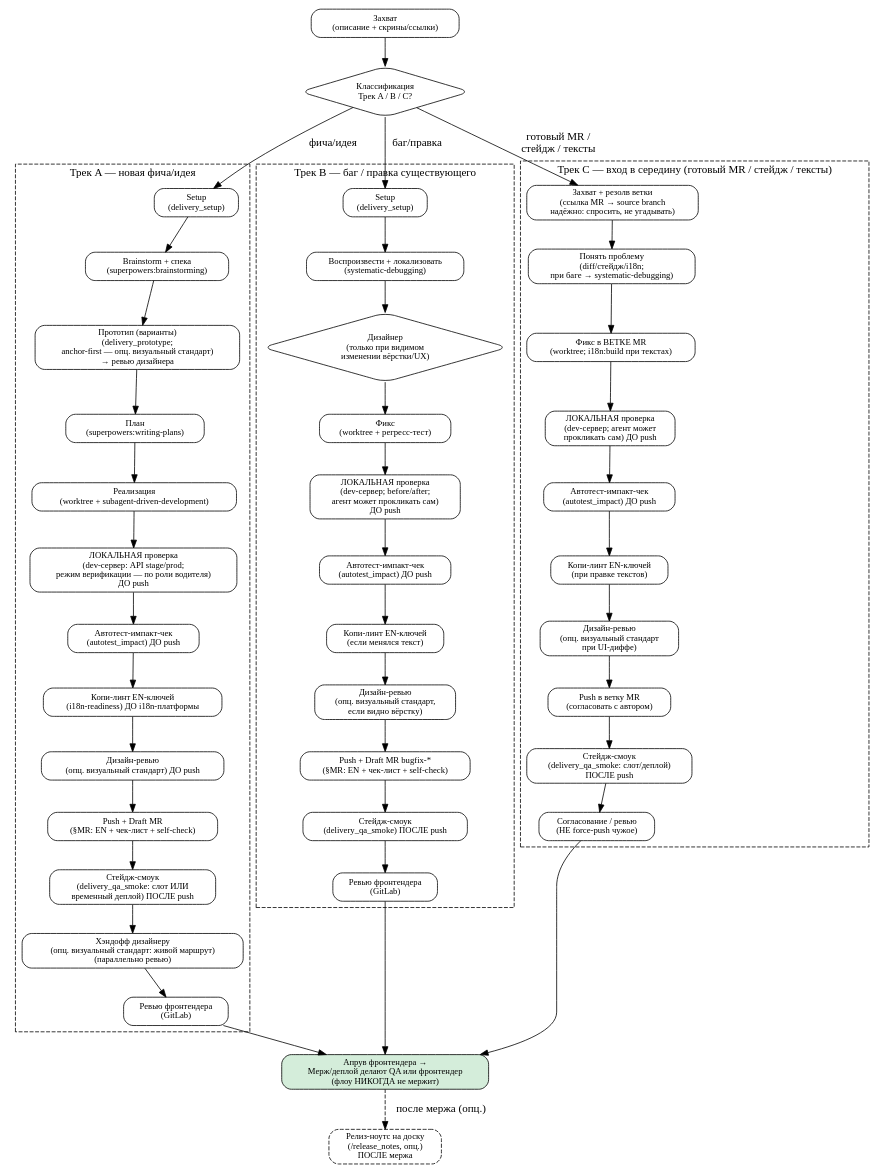
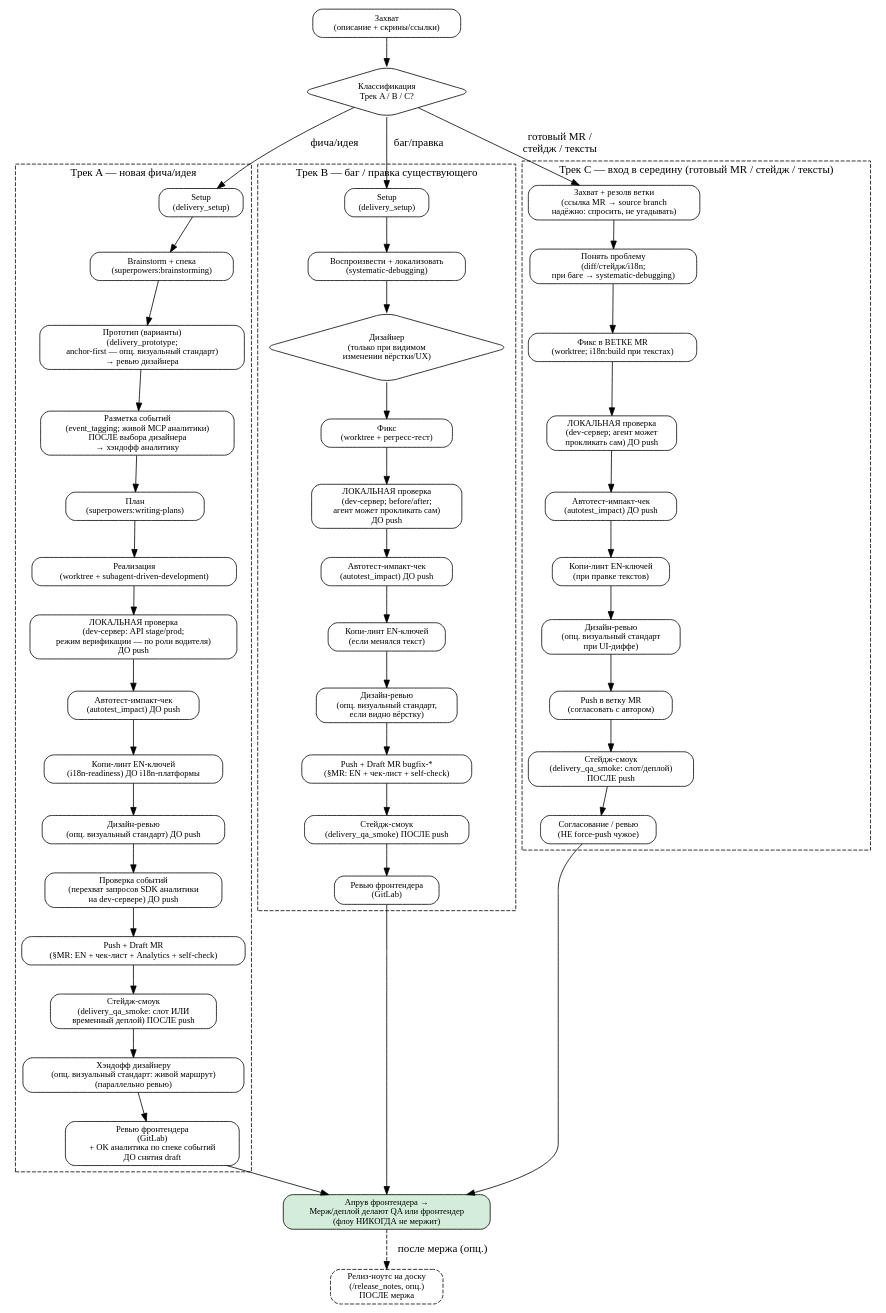
One commit to echangli/delivery-flow changed the diagram in plugins/delivery/skills/delivery_orchestrator/SKILL.md. Above: the diagram before and after it, drawn with Graphviz. The commit also changed other lines of this file and 22 other files, not shown here.

Commit message:
Add event_tagging skill and analytics hooks (adaptable)

````diff
--- a/plugins/delivery/skills/delivery_orchestrator/SKILL.md
+++ b/plugins/delivery/skills/delivery_orchestrator/SKILL.md
@@ -82,73 +83,75 @@
 ```dot
 digraph delivery {
   rankdir=TB;
   node [shape=box, style=rounded, fontsize=11];
 
   capture    [label="Захват\n(описание + скрины/ссылки)"];
   classify   [label="Классификация\nТрек A / B / C?", shape=diamond];
 
   subgraph cluster_a {
     label="Трек A — новая фича/идея";
     style=dashed;
     a0 [label="Setup\n(delivery_setup)"];
     a1 [label="Brainstorm + спека\n(superpowers:brainstorming)"];
     a2 [label="Прототип (варианты)\n(delivery_prototype;\nanchor-first — опц. визуальный стандарт)\n→ ревью дизайнера"];
+    a2b [label="Разметка событий\n(event_tagging; живой MCP аналитики)\nПОСЛЕ выбора дизайнера\n→ хэндофф аналитику"];
     a3 [label="План\n(superpowers:writing-plans)"];
     a4 [label="Реализация\n(worktree + subagent-driven-development)"];
     a5 [label="ЛОКАЛЬНАЯ проверка\n(dev-сервер: API stage/prod;\nрежим верификации — по роли водителя)\nДО push"];
     a5b [label="Автотест-импакт-чек\n(autotest_impact) ДО push"];
     a5c [label="Копи-линт EN-ключей\n(i18n-readiness) ДО i18n-платформы"];
     a5d [label="Дизайн-ревью\n(опц. визуальный стандарт) ДО push"];
-    a6 [label="Push + Draft MR\n(§MR: EN + чек-лист + self-check)"];
+    a5e [label="Проверка событий\n(перехват запросов SDK аналитики\nна dev-сервере) ДО push"];
+    a6 [label="Push + Draft MR\n(§MR: EN + чек-лист + Analytics + self-check)"];
     a7 [label="Стейдж-смоук\n(delivery_qa_smoke: слот ИЛИ\nвременный деплой) ПОСЛЕ push"];
     a7b [label="Хэндофф дизайнеру\n(опц. визуальный стандарт: живой маршрут)\n(параллельно ревью)"];
-    a8 [label="Ревью фронтендера\n(GitLab)"];
-    a0 -> a1 -> a2 -> a3 -> a4 -> a5 -> a5b -> a5c -> a5d -> a6 -> a7 -> a7b -> a8;
+    a8 [label="Ревью фронтендера\n(GitLab)\n+ OK аналитика по спеке событий\nДО снятия draft"];
+    a0 -> a1 -> a2 -> a2b -> a3 -> a4 -> a5 -> a5b -> a5c -> a5d -> a5e -> a6 -> a7 -> a7b -> a8;
   }
 
   subgraph cluster_b {
     label="Трек B — баг / правка существующего";
     style=dashed;
     b0 [label="Setup\n(delivery_setup)"];
     b1 [label="Воспроизвести + локализовать\n(systematic-debugging)"];
     b2 [label="Дизайнер\n(только при видимом\nизменении вёрстки/UX)", shape=diamond];
     b3 [label="Фикс\n(worktree + регресс-тест)"];
     b4 [label="ЛОКАЛЬНАЯ проверка\n(dev-сервер; before/after;\nагент может прокликать сам)\nДО push"];
     b4b [label="Автотест-импакт-чек\n(autotest_impact) ДО push"];
     b4c [label="Копи-линт EN-ключей\n(если менялся текст)"];
     b4d [label="Дизайн-ревью\n(опц. визуальный стандарт,\nесли видно вёрстку)"];
     b5 [label="Push + Draft MR bugfix-*\n(§MR: EN + чек-лист + self-check)"];
     b6 [label="Стейдж-смоук\n(delivery_qa_smoke) ПОСЛЕ push"];
     b7 [label="Ревью фронтендера\n(GitLab)"];
     b0 -> b1 -> b2 -> b3 -> b4 -> b4b -> b4c -> b4d -> b5 -> b6 -> b7;
   }
 
   subgraph cluster_c {
     label="Трек C — вход в середину (готовый MR / стейдж / тексты)";
     style=dashed;
     c0 [label="Захват + резолв ветки\n(ссылка MR → source branch\nнадёжно: спросить, не угадывать)"];
     c1 [label="Понять проблему\n(diff/стейдж/i18n;\nпри баге → systematic-debugging)"];
     c2 [label="Фикс в ВЕТКЕ MR\n(worktree; i18n:build при текстах)"];
     c3 [label="ЛОКАЛЬНАЯ проверка\n(dev-сервер; агент может\nпрокликать сам) ДО push"];
     c3b [label="Автотест-импакт-чек\n(autotest_impact) ДО push"];
     c3c [label="Копи-линт EN-ключей\n(при правке текстов)"];
     c3d [label="Дизайн-ревью\n(опц. визуальный стандарт\nпри UI-диффе)"];
     c4 [label="Push в ветку MR\n(согласовать с автором)"];
     c5 [label="Стейдж-смоук\n(delivery_qa_smoke: слот/деплой)\nПОСЛЕ push"];
     c6 [label="Согласование / ревью\n(НЕ force-push чужое)"];
     c0 -> c1 -> c2 -> c3 -> c3b -> c3c -> c3d -> c4 -> c5 -> c6;
   }
 
   terminal [label="Апрув фронтендера →\nМерж/деплой делают QA или фронтендер\n(флоу НИКОГДА не мержит)", shape=box, style="rounded,filled", fillcolor="#d4edda"];
   relnotes [label="Релиз-ноутс на доску\n(/release_notes, опц.)\nПОСЛЕ мержа", shape=box, style="rounded,dashed"];
 
   capture -> classify;
   classify -> a0 [label="фича/идея"];
   classify -> b0 [label="баг/правка"];
   classify -> c0 [label="готовый MR /\nстейдж / тексты"];
   a8 -> terminal;
   b7 -> terminal;
   c6 -> terminal;
   terminal -> relnotes [label="после мержа (опц.)", style=dashed];
 }
 ```
````
